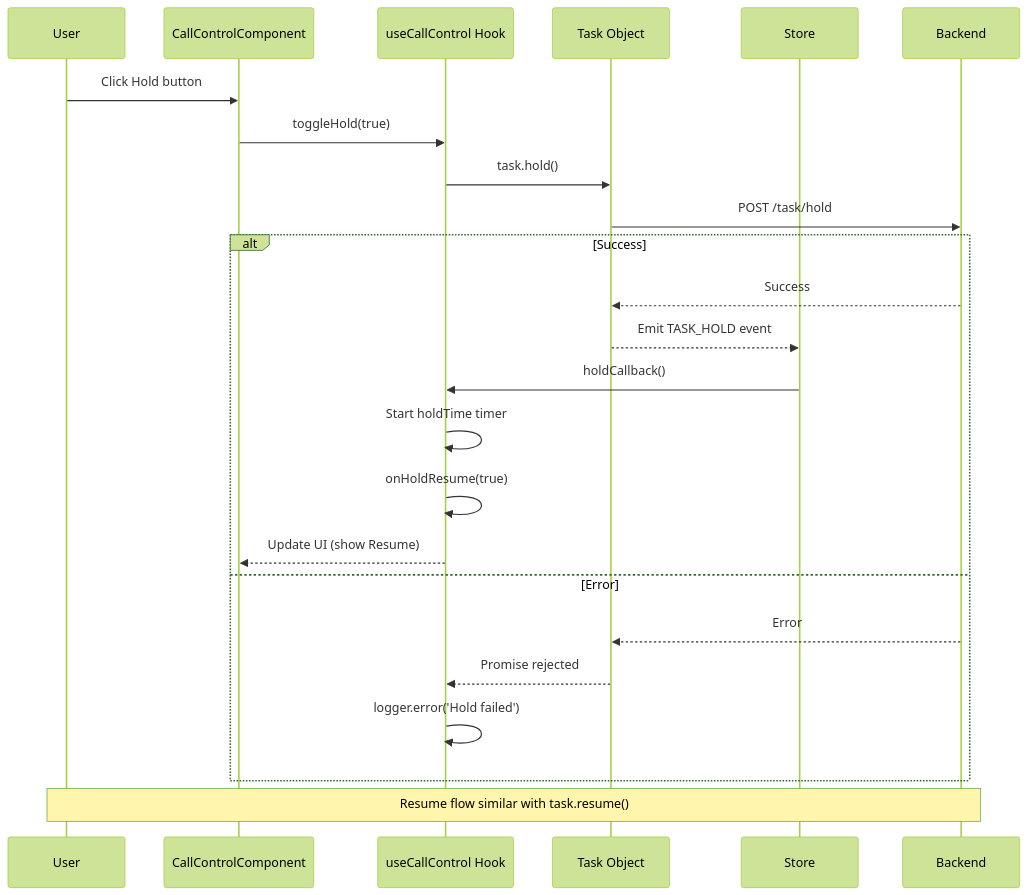
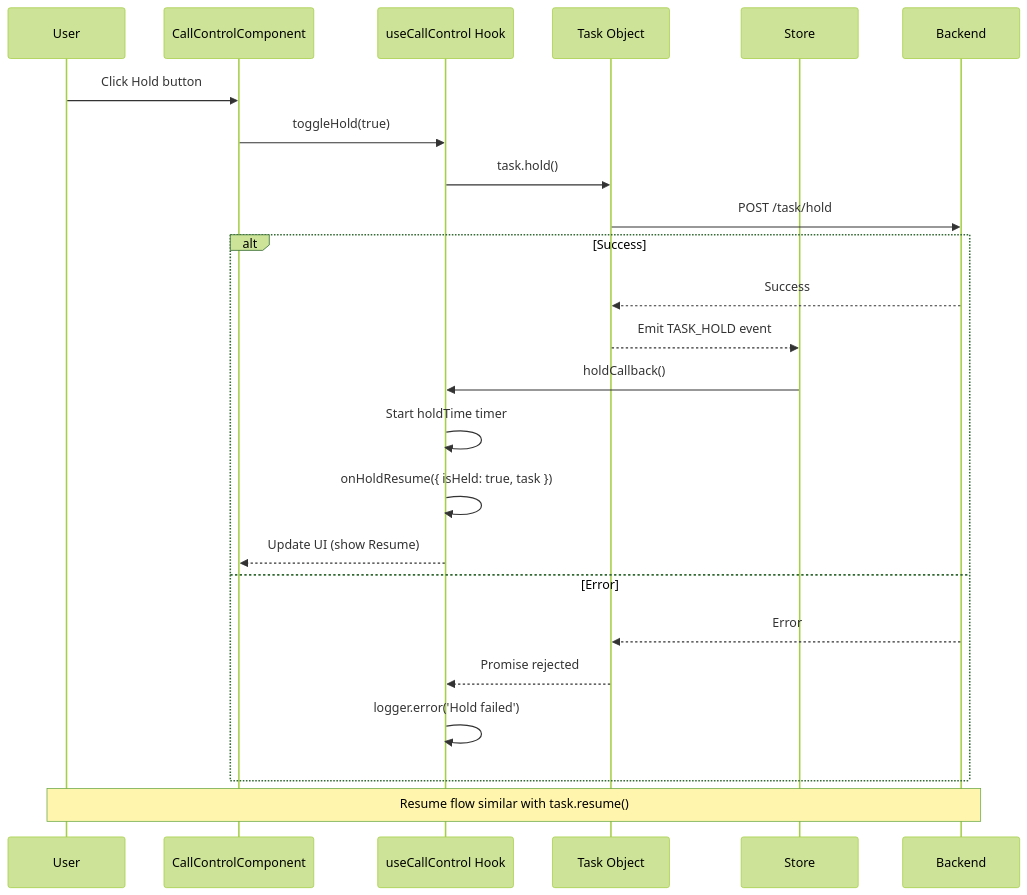
Before and after one commit to webex/widgets: the second of 7 diagrams in packages/contact-center/task/ai-docs/widgets/CallControl/ARCHITECTURE.md, drawn with Mermaid (forest theme). The commit also changed other lines of this file and 6 other files, not shown here.

````diff
--- a/packages/contact-center/task/ai-docs/widgets/CallControl/ARCHITECTURE.md
+++ b/packages/contact-center/task/ai-docs/widgets/CallControl/ARCHITECTURE.md
@@ -87,28 +93,28 @@
 ```mermaid
 sequenceDiagram
     participant U as User
     participant C as CallControlComponent
     participant H as useCallControl Hook
     participant T as Task Object
     participant S as Store
     participant B as Backend
-    
+
     U->>C: Click Hold button
     C->>H: toggleHold(true)
     H->>T: task.hold()
     T->>B: POST /task/hold
     alt Success
         B-->>T: Success
         T-->>S: Emit TASK_HOLD event
         S->>H: holdCallback()
         H->>H: Start holdTime timer
-        H->>H: onHoldResume(true)
+        H->>H: onHoldResume({ isHeld: true, task })
         H-->>C: Update UI (show Resume)
     else Error
         B-->>T: Error
         T-->>H: Promise rejected
         H->>H: logger.error('Hold failed')
     end
-    
+
     Note over U,B: Resume flow similar with task.resume()
 ```
````
